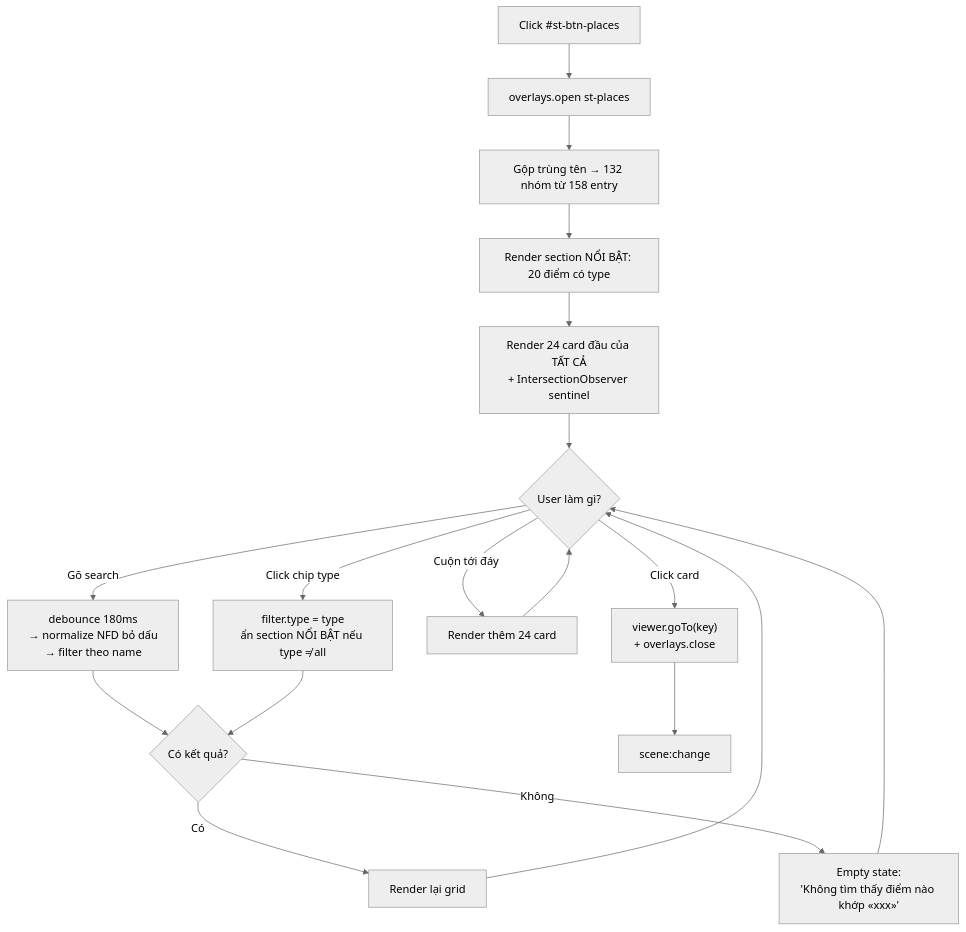
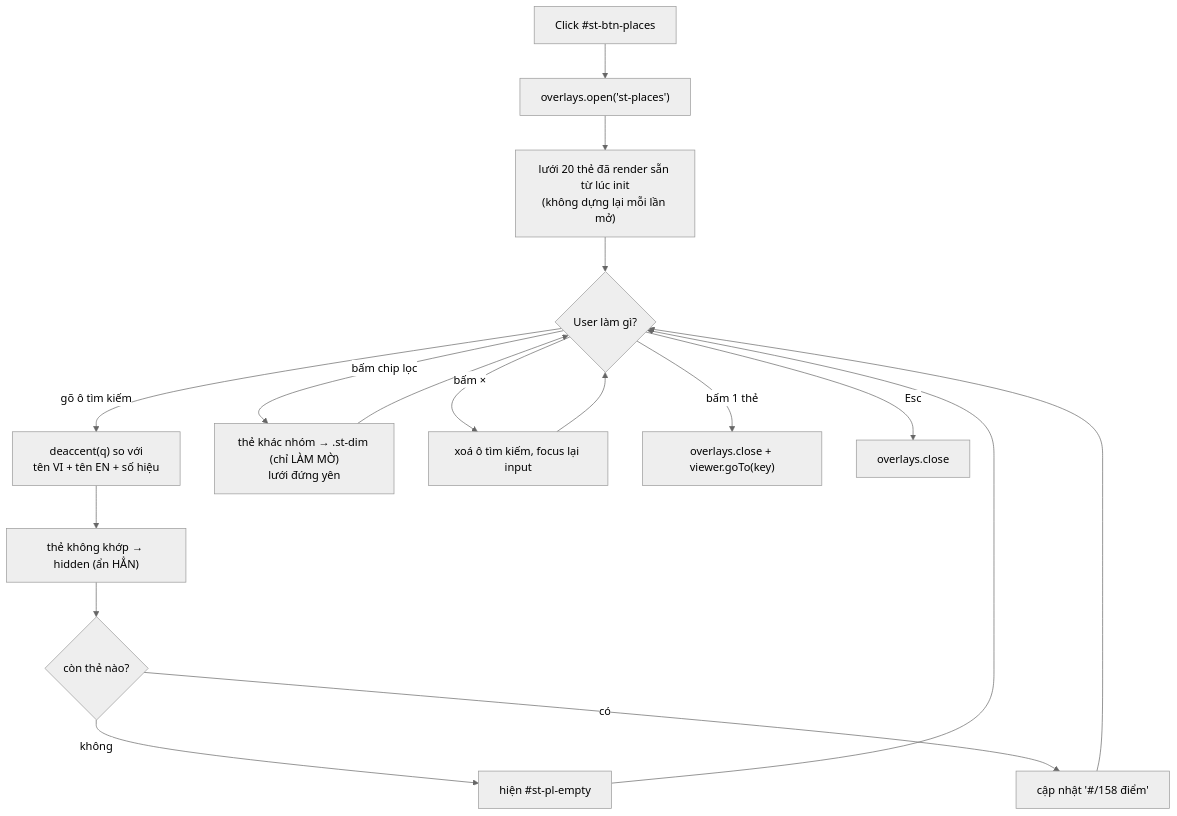
The fourth of 6 diagrams in docs/05-flows.md (Tmy-andy/suoitien-redesign), drawn with Mermaid (neutral theme) before and after one commit. The commit also changed other lines of this file and 40 other files, not shown here.

````diff
--- a/docs/05-flows.md
+++ b/docs/05-flows.md
@@ -174,20 +192,19 @@
 ```mermaid
 flowchart TD
-    A[Click #st-btn-places] --> B[overlays.open st-places]
-    B --> C["Gộp trùng tên → 132 nhóm từ 158 entry"]
-    C --> D[Render section NỔI BẬT: 20 điểm có type]
-    D --> E["Render 24 card đầu của TẤT CẢ<br/>+ IntersectionObserver sentinel"]
-    E --> F{User làm gì?}
-    F -->|Gõ search| G["debounce 180ms<br/>→ normalize NFD bỏ dấu<br/>→ filter theo name"]
-    F -->|Click chip type| H["filter.type = type<br/>ẩn section NỔI BẬT nếu type ≠ all"]
-    F -->|Cuộn tới đáy| I[Render thêm 24 card]
-    F -->|Click card| J
-    G --> K{Có kết quả?}
-    H --> K
-    K -->|Có| L[Render lại grid]
-    K -->|Không| M["Empty state:<br/>'Không tìm thấy điểm nào khớp «xxx»'"]
-    L --> F
-    M --> F
-    I --> F
-    J["viewer.goTo(key)<br/>+ overlays.close"] --> N[scene:change]
+    A[Click #st-btn-places] --> B["overlays.open('st-places')"]
+    B --> C["lưới 20 thẻ đã render sẵn từ lúc init<br/>(không dựng lại mỗi lần mở)"]
+    C --> D{User làm gì?}
+    D -->|gõ ô tìm kiếm| E["deaccent(q) so với<br/>tên VI + tên EN + số hiệu"]
+    E --> F["thẻ không khớp → hidden (ẩn HẲN)"]
+    F --> G{còn thẻ nào?}
+    G -->|không| H["hiện #st-pl-empty"]
+    G -->|có| I["cập nhật '#/158 điểm'"]
+    D -->|bấm chip lọc| J["thẻ khác nhóm → .st-dim (chỉ LÀM MỜ)<br/>lưới đứng yên"]
+    D -->|bấm ×| K["xoá ô tìm kiếm, focus lại input"]
+    D -->|bấm 1 thẻ| L["overlays.close + viewer.goTo(key)"]
+    D -->|Esc| M[overlays.close]
+    H --> D
+    I --> D
+    J --> D
+    K --> D
 ```
````
